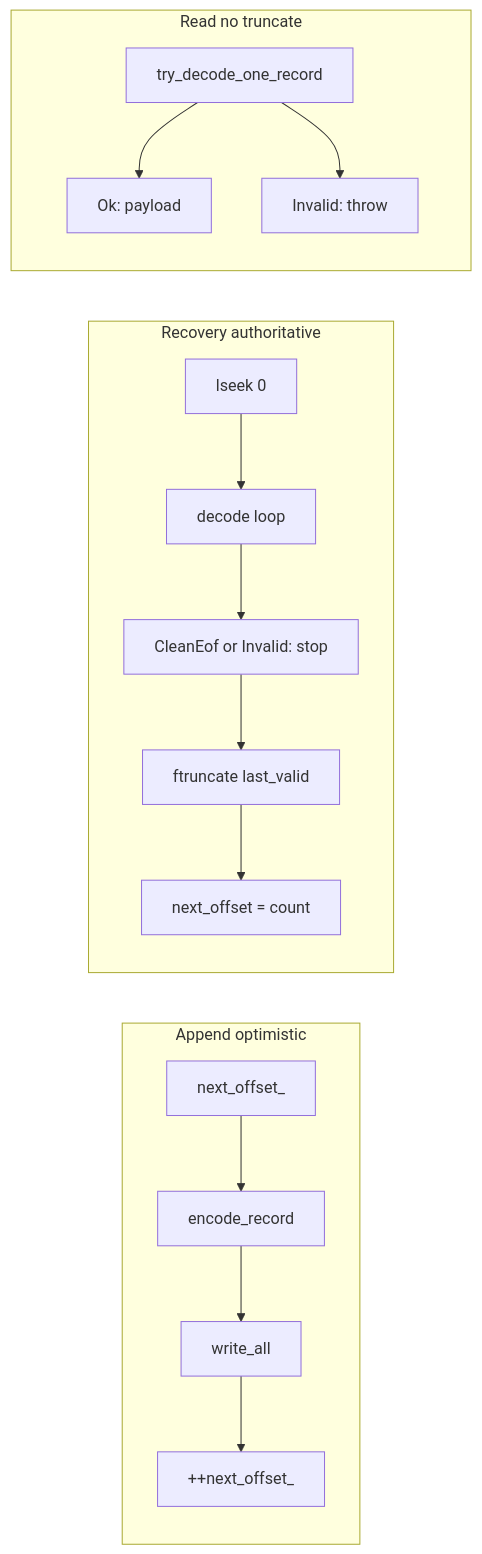
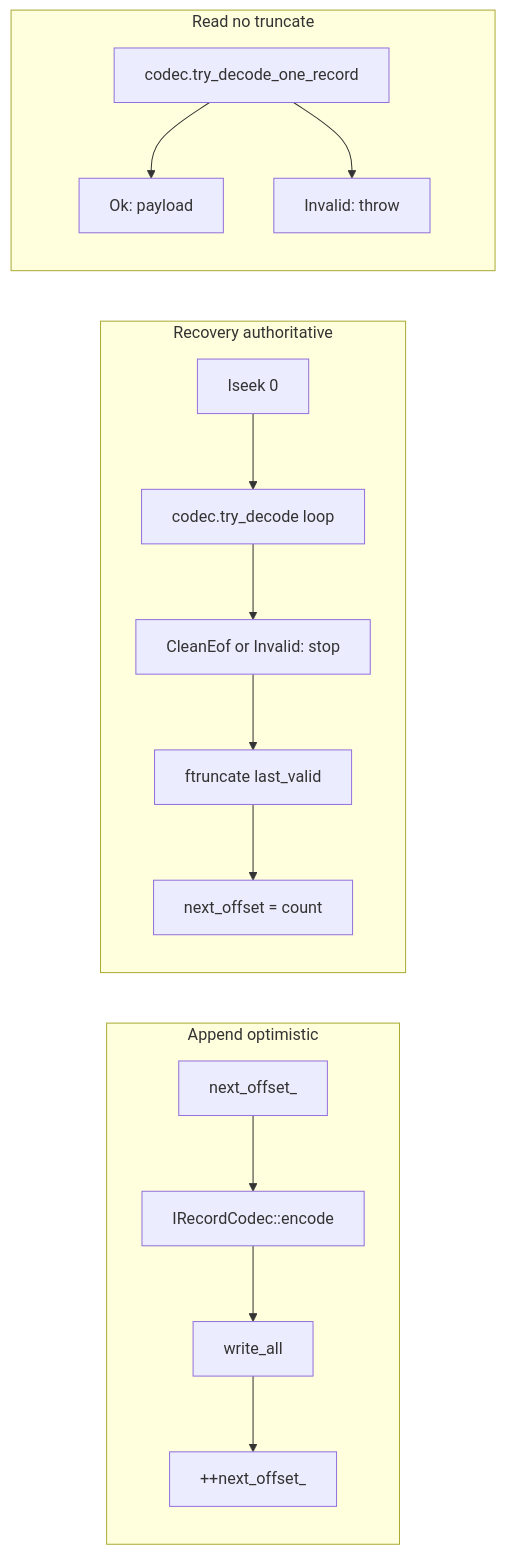
Before and after one commit to arijit780/log_aggregator: the second of 4 diagrams in docs/architecture.md, drawn with Mermaid. The commit also changed other lines of this file and 37 other files, not shown here.

````diff
--- a/docs/architecture.md
+++ b/docs/architecture.md
@@ -59,20 +73,20 @@
 ```mermaid
 flowchart LR
   subgraph write["Append optimistic"]
-    A1[next_offset_] --> A2[encode_record]
+    A1[next_offset_] --> A2[IRecordCodec::encode]
     A2 --> A3[write_all]
     A3 --> A4[++next_offset_]
   end
 
   subgraph recover["Recovery authoritative"]
-    B1[lseek 0] --> B2[decode loop]
+    B1[lseek 0] --> B2[codec.try_decode loop]
     B2 --> B3[CleanEof or Invalid: stop]
     B3 --> B4[ftruncate last_valid]
     B4 --> B5[next_offset = count]
   end
 
   subgraph readpath["Read no truncate"]
-    C1[try_decode_one_record] --> C2[Ok: payload]
+    C1[codec.try_decode_one_record] --> C2[Ok: payload]
     C1 --> C3[Invalid: throw]
   end
 ```
````
